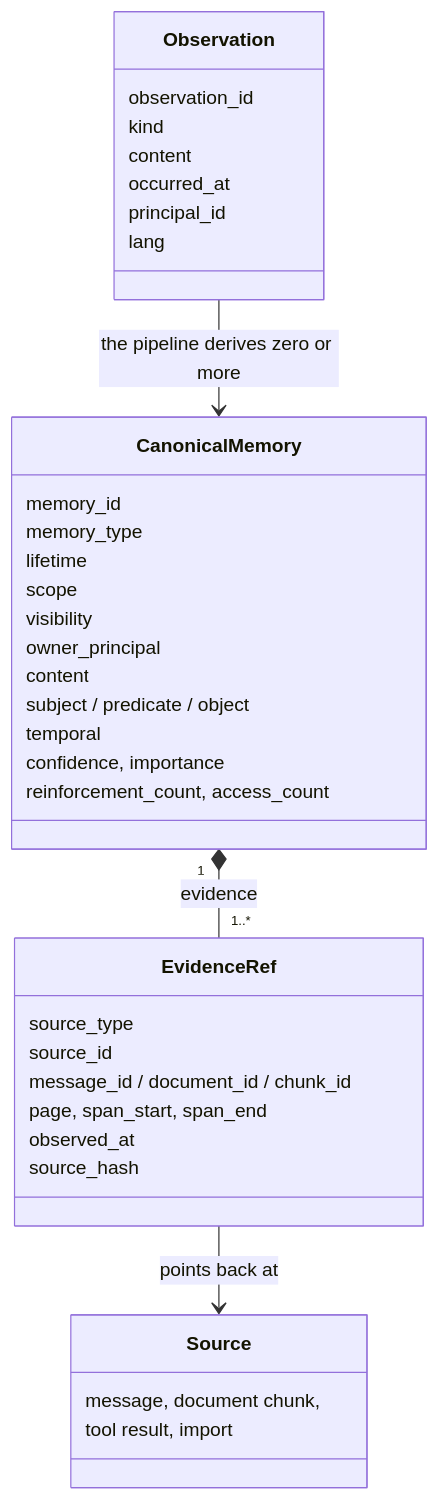
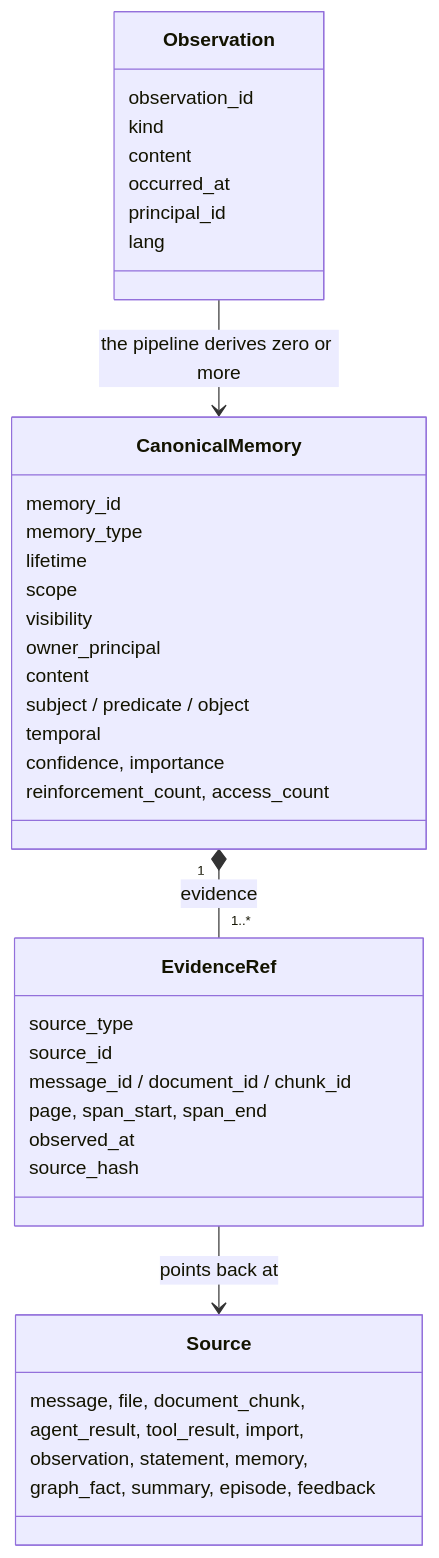
Before and after one commit to amitmohapatra/agent-memory-service: the first of 2 diagrams in docs/guide/02-concepts.md, drawn with Mermaid. The commit also changed 29 other files, not shown here.

````diff
--- a/docs/guide/02-concepts.md
+++ b/docs/guide/02-concepts.md
@@ -13,39 +13,41 @@
 ```mermaid
 classDiagram
   class Observation {
     observation_id
     kind
     content
     occurred_at
     principal_id
     lang
   }
   class CanonicalMemory {
     memory_id
     memory_type
     lifetime
     scope
     visibility
     owner_principal
     content
     subject / predicate / object
     temporal
     confidence, importance
     reinforcement_count, access_count
   }
   class EvidenceRef {
     source_type
     source_id
     message_id / document_id / chunk_id
     page, span_start, span_end
     observed_at
     source_hash
   }
   class Source {
-    message, document chunk,
-    tool result, import
+    message, file, document_chunk,
+    agent_result, tool_result, import,
+    observation, statement, memory,
+    graph_fact, summary, episode, feedback
   }
   Observation --> CanonicalMemory : the pipeline derives zero or more
   CanonicalMemory "1" *-- "1..*" EvidenceRef : evidence
   EvidenceRef --> Source : points back at
 ```
````
